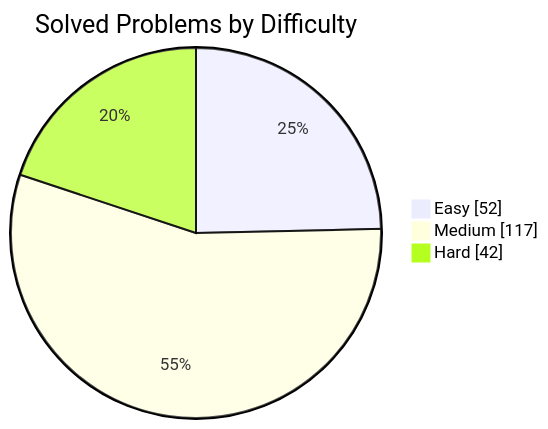
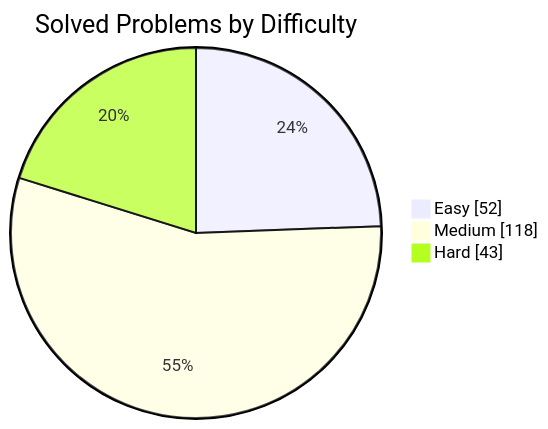
One commit to manikantbindass/DSA-Preparation-FAANG changed the first of 2 diagrams in README.md. Above: the diagram before and after it, drawn with Mermaid. The commit also changed other lines of this file and 1 other file, not shown here.

````diff
--- a/README.md
+++ b/README.md
@@ -40,7 +40,7 @@
 ```mermaid
 pie showData
     title Solved Problems by Difficulty
     "Easy" : 52
-    "Medium" : 117
-    "Hard" : 42
+    "Medium" : 118
+    "Hard" : 43
 ```
````
